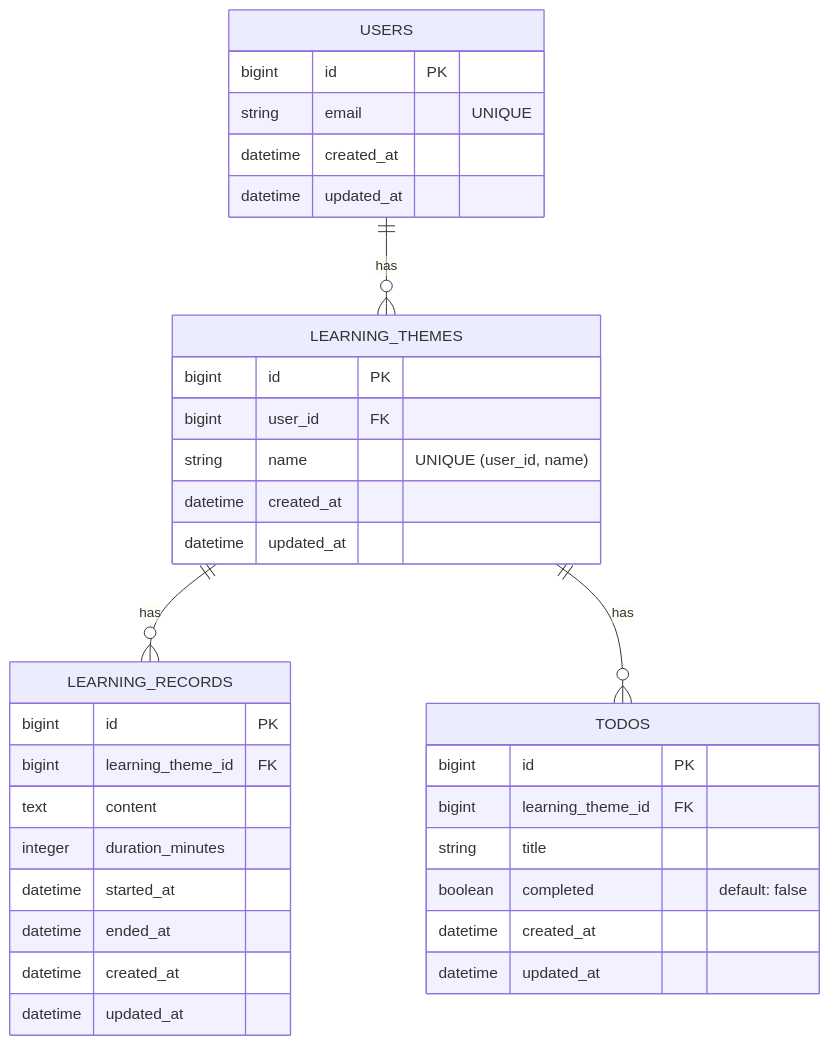
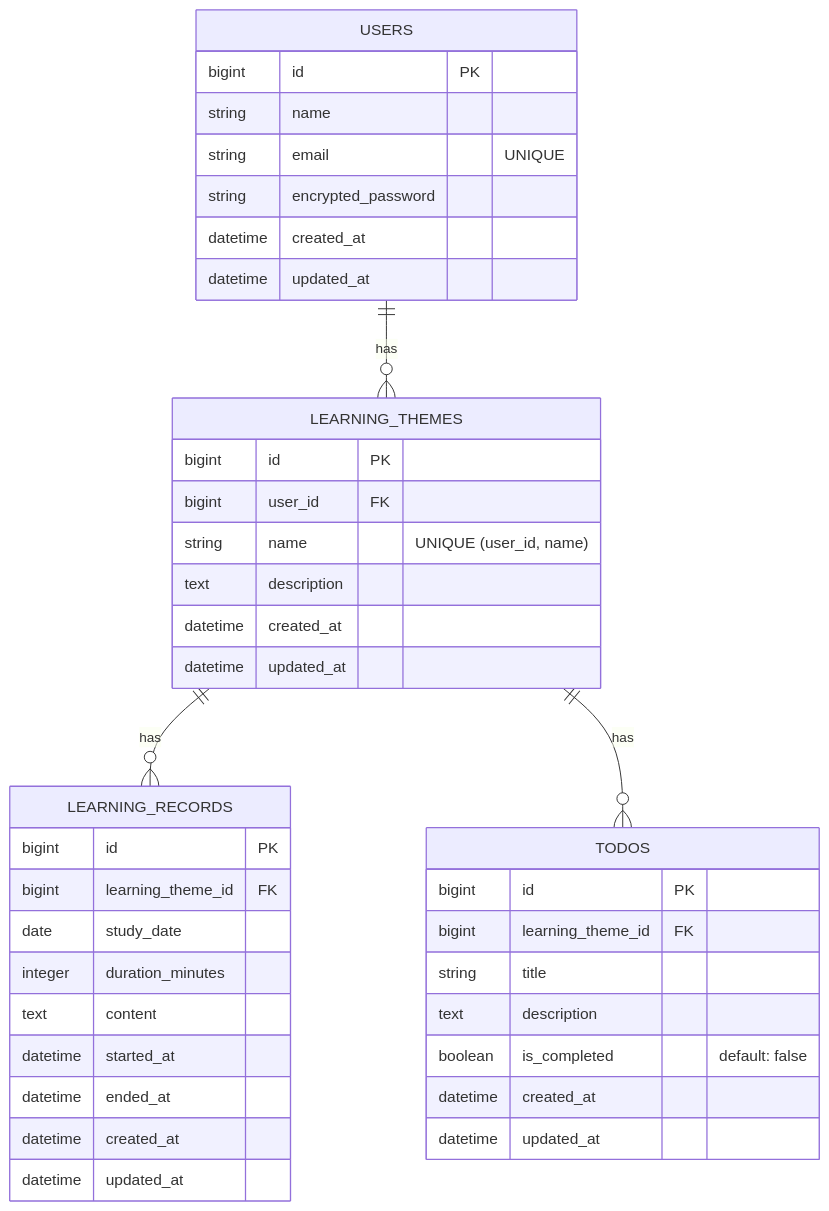
One commit to QynToKey/HowLongWillItLast changed the diagram in docs/er_diagram.md. Above: the diagram before and after it, drawn with Mermaid. The commit also changed 1 other file, not shown here.

Commit message:
docs:update er_Diagram

````diff
--- a/docs/er_diagram.md
+++ b/docs/er_diagram.md
@@ -125,42 +125,47 @@
 ```mermaid
 erDiagram
 
     USERS {
         bigint id PK
+        string name
         string email "UNIQUE"
+        string encrypted_password
         datetime created_at
         datetime updated_at
     }
 
     LEARNING_THEMES {
         bigint id PK
         bigint user_id FK
         string name "UNIQUE (user_id, name)"
+        text description
         datetime created_at
         datetime updated_at
     }
 
     LEARNING_RECORDS {
         bigint id PK
         bigint learning_theme_id FK
+        date study_date
+        integer duration_minutes
         text content
-        integer duration_minutes
         datetime started_at
         datetime ended_at
         datetime created_at
         datetime updated_at
     }
 
     TODOS {
         bigint id PK
         bigint learning_theme_id FK
         string title
-        boolean completed "default: false"
+        text description
+        boolean is_completed "default: false"
         datetime created_at
         datetime updated_at
     }
 
     USERS ||--o{ LEARNING_THEMES : has
     LEARNING_THEMES ||--o{ LEARNING_RECORDS : has
     LEARNING_THEMES ||--o{ TODOS : has
 ```
````
